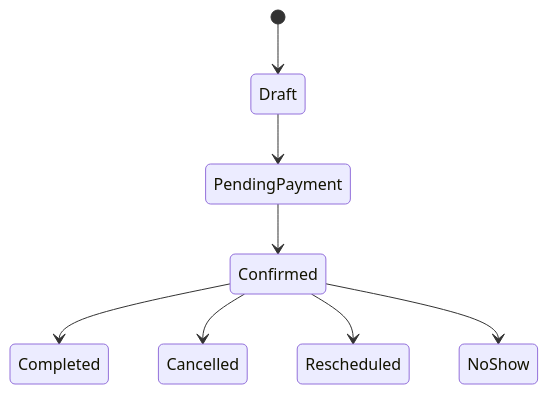
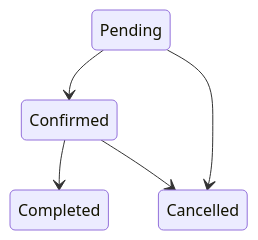
The diagram in diagrams/mermaid/booking-state-machine.mmd (ManJulEsp/Mandy-Core), drawn with Mermaid before and after one commit. The commit also changed 17 other files, not shown here.

```diff
--- a/diagrams/mermaid/booking-state-machine.mmd
+++ b/diagrams/mermaid/booking-state-machine.mmd
@@ -1,8 +1,5 @@
 stateDiagram-v2
-[*] --> Draft
-Draft --> PendingPayment
-PendingPayment --> Confirmed
+Pending --> Confirmed
 Confirmed --> Completed
+Pending --> Cancelled
 Confirmed --> Cancelled
-Confirmed --> Rescheduled
-Confirmed --> NoShow
```
